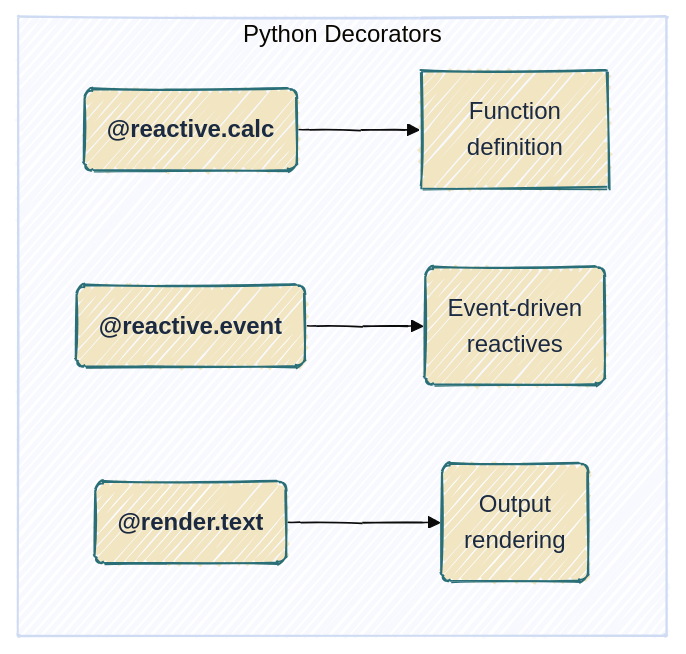
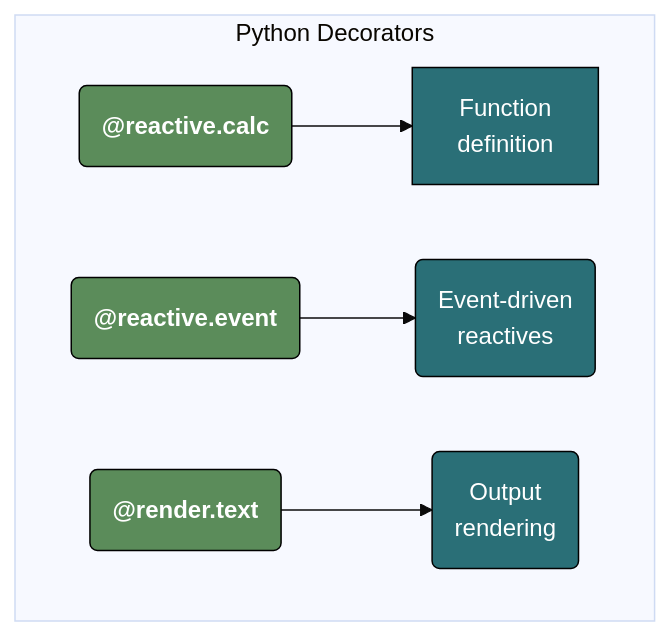
One commit to mjfrigaard/do4ds-labs changed the fifth of 7 diagrams in py-app-api.qmd. Above: the diagram before and after it, drawn with Mermaid. The commit also changed other lines of this file and 48 other files, not shown here.

````diff
--- a/py-app-api.qmd
+++ b/py-app-api.qmd
@@ -746,13 +808,17 @@
 ```{mermaid}
-%%{init: {'theme': 'base', 'look': 'handDrawn', 'themeVariables': {'fontFamily': 'monospace'}}}%%
+%%{init: {'theme': 'base', 'themeVariables': {'fontFamily': 'monospace'}}}%%
 
 graph TD
     subgraph "Python Decorators"
         A("<strong>@reactive.calc</strong>") --> B[Function<br>definition]
         C("<strong>@reactive.event</strong>") --> D("Event-driven<br>reactives")
         E("<strong>@render.text</strong>") --> F("Output<br>rendering")
     end
-    
-    %% style A fill:#e1f5fe
-    classDef default fill:#F2E6C2,stroke:#2A6F77,color:#1B2A41
+
+    style A fill:#5B8C5A,stroke:#000000,stroke-width:1px,color:#ffffff
+    style B fill:#2A6F77,stroke:#000000,stroke-width:1px,color:#ffffff
+    style C fill:#5B8C5A,stroke:#000000,stroke-width:1px,color:#ffffff
+    style D fill:#2A6F77,stroke:#000000,stroke-width:1px,color:#ffffff
+    style E fill:#5B8C5A,stroke:#000000,stroke-width:1px,color:#ffffff
+    style F fill:#2A6F77,stroke:#000000,stroke-width:1px,color:#ffffff
 ```
````
